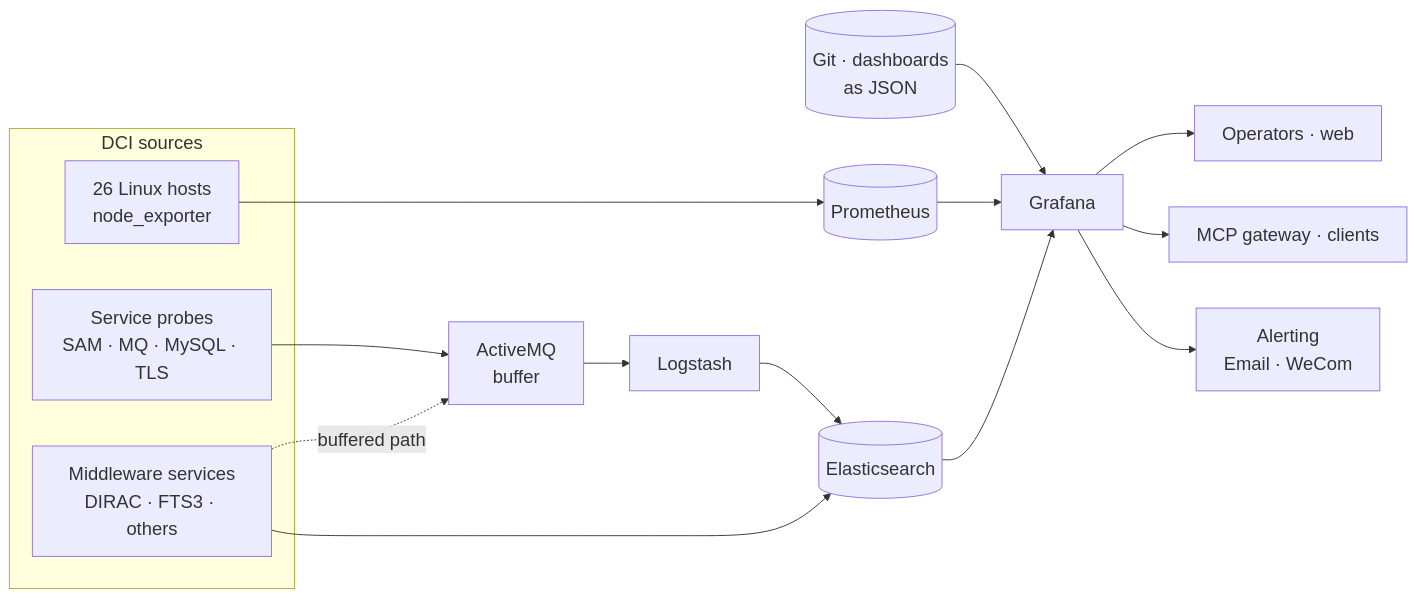
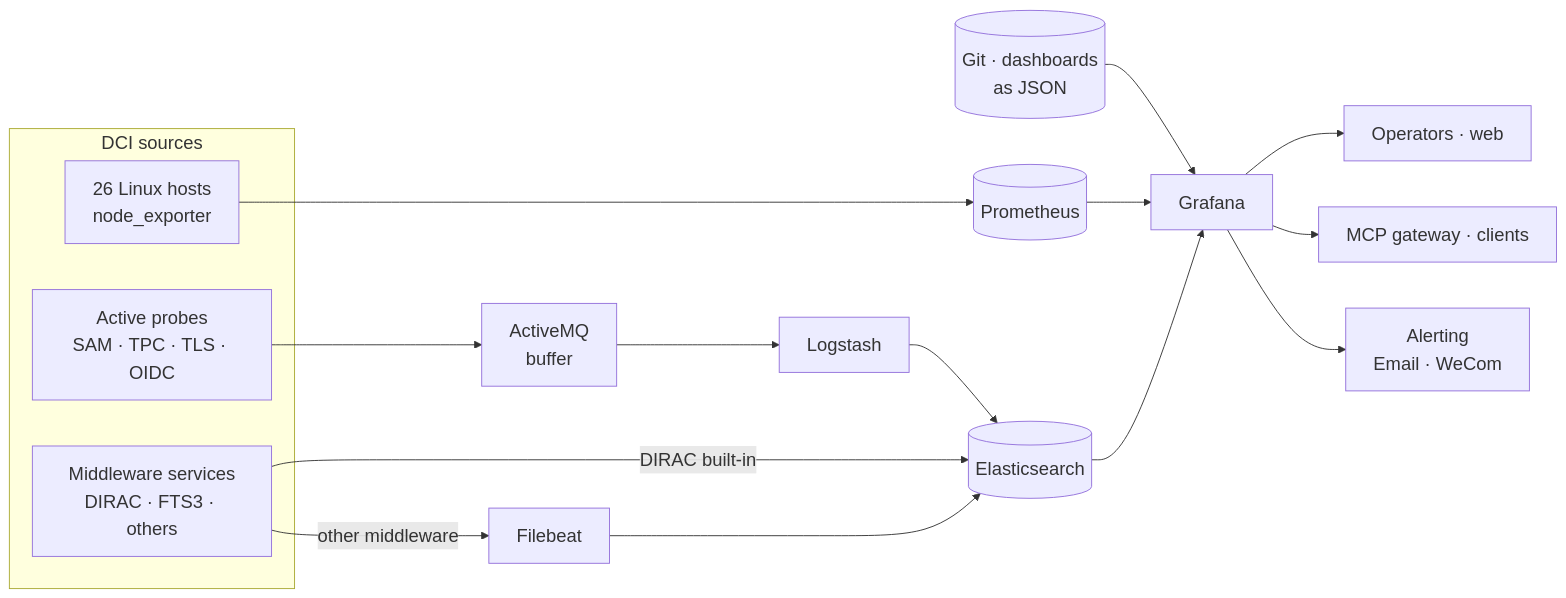
The first of 4 diagrams in slides.md (hanx-hep/2026-cepc-dci), drawn with Mermaid before and after one commit. The commit also changed other lines of this file and 2 other files, not shown here.

Commit message:
feat: reorganize Grafana, probing, alerting and middleware slides

````diff
--- a/slides.md
+++ b/slides.md
@@ -83,21 +83,21 @@
 ```mermaid {scale: 0.52}
 %%{init: {"themeVariables": {"fontSize": "20px"}}}%%
 flowchart LR
     subgraph S[DCI sources]
         H[26 Linux hosts<br/>node_exporter]
-        P[Service probes<br/>SAM · MQ · MySQL · TLS]
+        P[Active probes<br/>SAM · TPC · TLS · OIDC]
         L[Middleware services<br/>DIRAC · FTS3 · others]
     end
 
     H --> PR[(Prometheus)]
     P --> MQ[ActiveMQ<br/>buffer] --> LS[Logstash] --> ES[(Elasticsearch)]
-    L --> ES
-    L -. buffered path .-> MQ
+    L -->|DIRAC built-in| ES
+    L -->|other middleware| FB[Filebeat] --> ES
 
     GIT[(Git · dashboards<br/>as JSON)] --> G[Grafana]
     PR --> G
     ES --> G
     G --> O[Operators · web]
     G --> A[MCP gateway · clients]
     G --> N[Alerting<br/>Email · WeCom]
 ```
````
